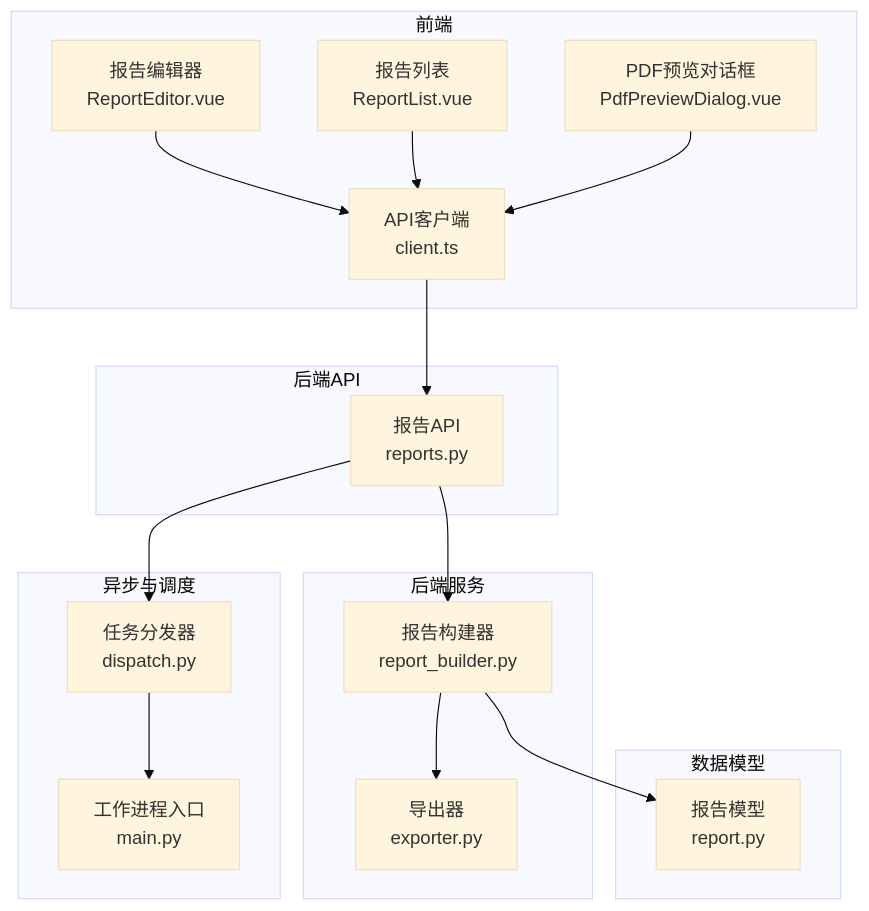
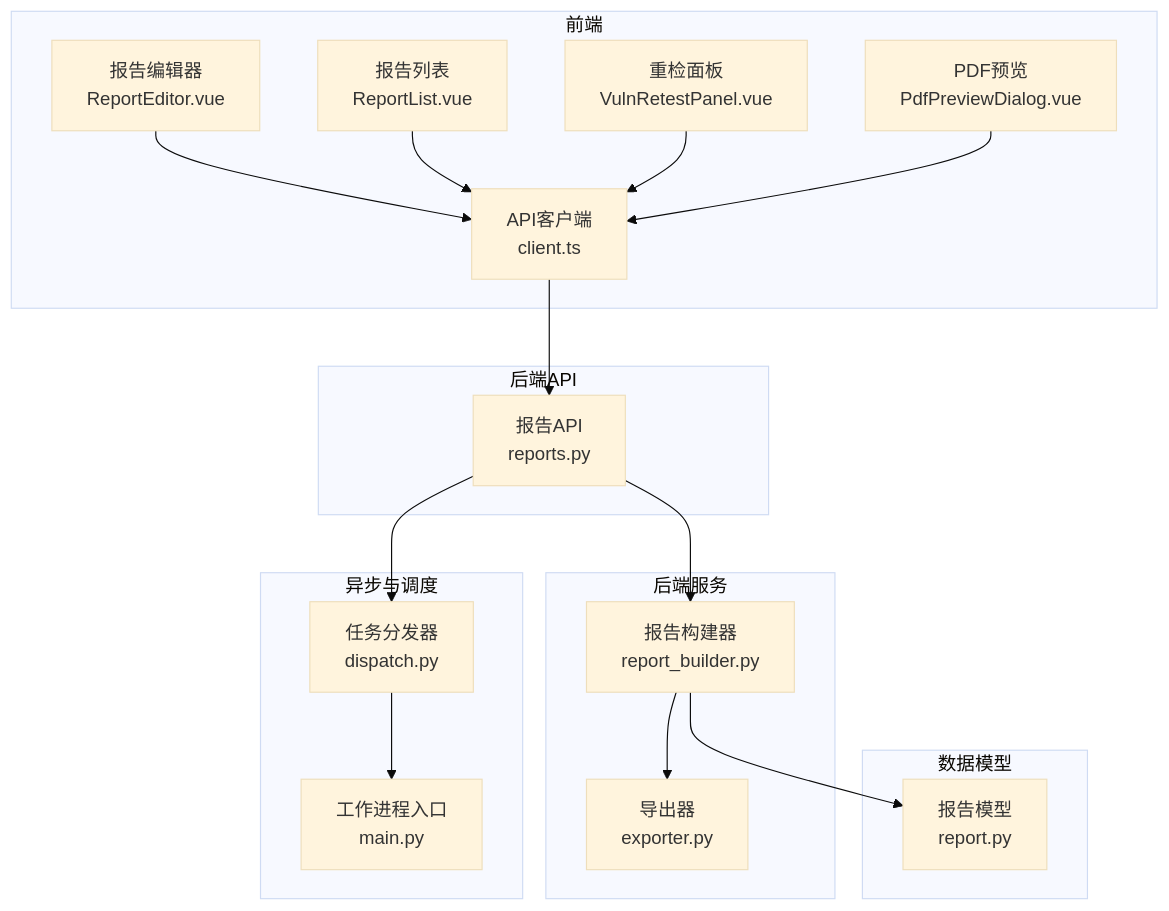
One commit to vu1Art1st/talos changed the first of 4 diagrams in .qoder/repowiki/zh/content/项目概览/核心功能概述/报告生成模块.md. Above: the diagram before and after it, drawn with Mermaid (base theme). The commit also changed other lines of this file and 132 other files, not shown here.

````diff
--- a/.qoder/repowiki/zh/content/项目概览/核心功能概述/报告生成模块.md
+++ b/.qoder/repowiki/zh/content/项目概览/核心功能概述/报告生成模块.md
@@ -45,32 +46,34 @@
 ```mermaid
 graph TB
 subgraph "前端"
 FE_Reporter["报告编辑器<br/>ReportEditor.vue"]
 FE_List["报告列表<br/>ReportList.vue"]
-FE_PDF["PDF预览对话框<br/>PdfPreviewDialog.vue"]
+FE_Retest["重检面板<br/>VulnRetestPanel.vue"]
+FE_PDF["PDF预览<br/>PdfPreviewDialog.vue"]
 FE_Client["API客户端<br/>client.ts"]
 end
 subgraph "后端API"
 API_Reports["报告API<br/>reports.py"]
 end
 subgraph "后端服务"
 Svc_Builder["报告构建器<br/>report_builder.py"]
 Svc_Exporter["导出器<br/>exporter.py"]
 end
 subgraph "数据模型"
 Model_Report["报告模型<br/>report.py"]
 end
 subgraph "异步与调度"
 Worker_Main["工作进程入口<br/>main.py"]
 Worker_Dispatch["任务分发器<br/>dispatch.py"]
 end
 FE_Reporter --> FE_Client
 FE_List --> FE_Client
+FE_Retest --> FE_Client
 FE_PDF --> FE_Client
 FE_Client --> API_Reports
 API_Reports --> Svc_Builder
 Svc_Builder --> Model_Report
 Svc_Builder --> Svc_Exporter
 API_Reports --> Worker_Dispatch
 Worker_Dispatch --> Worker_Main
 ```
````
